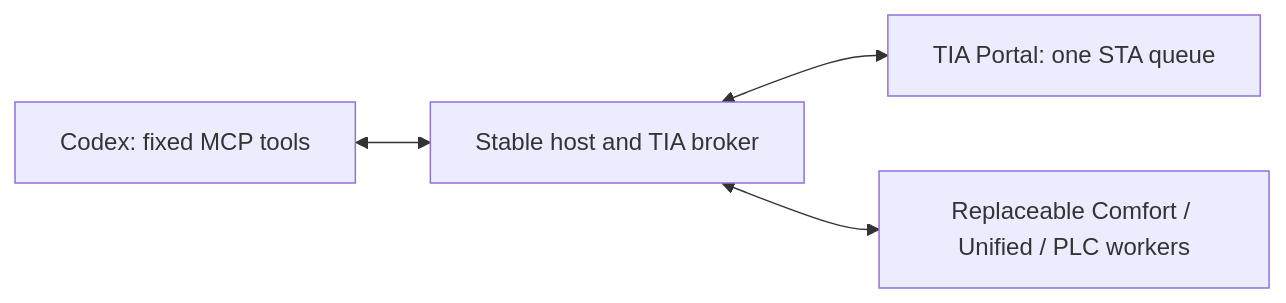
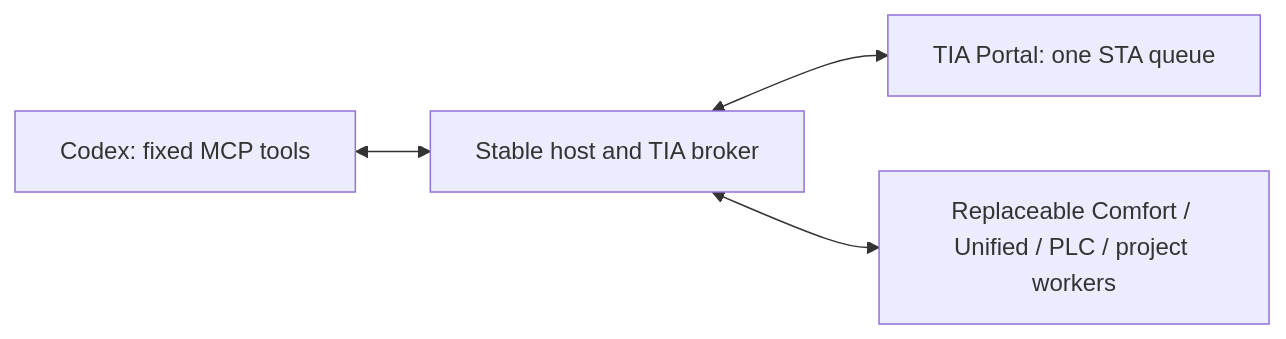
The diagram in plugin/EXTENSIONS.md (votecoffee/SiemensMCPServer), drawn with Mermaid before and after one commit. The commit also changed other lines of this file and 12 other files, not shown here.

````diff
--- a/plugin/EXTENSIONS.md
+++ b/plugin/EXTENSIONS.md
@@ -7,6 +7,6 @@
 ```mermaid
 flowchart LR
     C[Codex: fixed MCP tools] <--> H[Stable host and TIA broker]
     H <--> T[TIA Portal: one STA queue]
-    H <--> W[Replaceable Comfort / Unified / PLC workers]
+    H <--> W[Replaceable Comfort / Unified / PLC / project workers]
 ```
````
